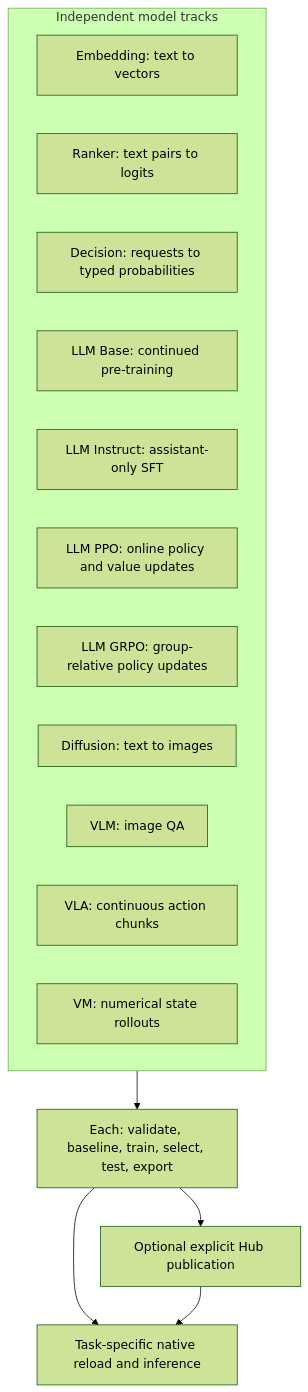
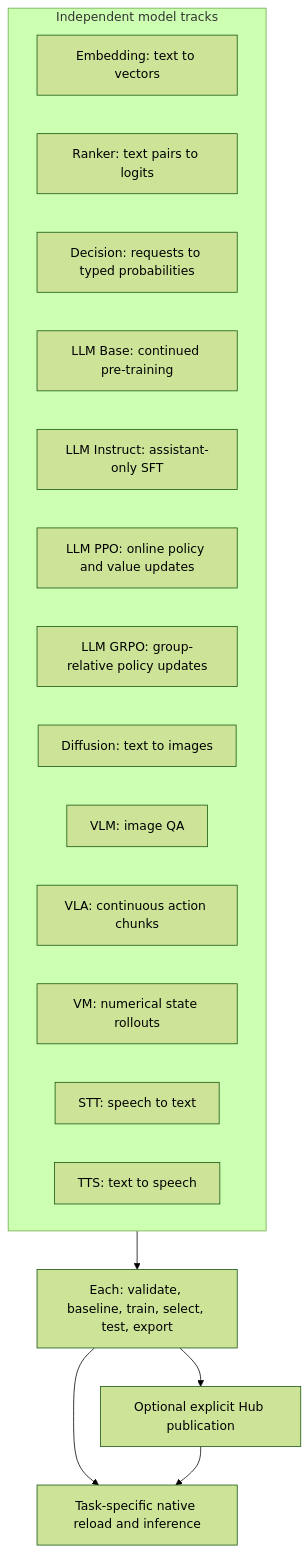
Before and after one commit to advai-x/advai-notebooks: the first of 2 diagrams in docs/architecture.md, drawn with Mermaid (forest theme). The commit also changed other lines of this file and 86 other files, not shown here.

Commit message:
feat: add STT and TTS fine-tuning guides

````diff
--- a/docs/architecture.md
+++ b/docs/architecture.md
@@ -27,20 +27,22 @@
 ```mermaid
 flowchart TB
     subgraph TASKS[Independent model tracks]
         EMB[Embedding: text to vectors]
         RNK[Ranker: text pairs to logits]
         DEC[Decision: requests to typed probabilities]
         BASE[LLM Base: continued pre-training]
         INST[LLM Instruct: assistant-only SFT]
         PPO[LLM PPO: online policy and value updates]
         GRPO[LLM GRPO: group-relative policy updates]
         DIF[Diffusion: text to images]
         VLM[VLM: image QA]
         VLA[VLA: continuous action chunks]
         VM[VM: numerical state rollouts]
+        STT[STT: speech to text]
+        TTS[TTS: text to speech]
     end
     TASKS --> LIFE[Each: validate, baseline, train, select, test, export]
     LIFE --> INFER[Task-specific native reload and inference]
     LIFE --> HUB[Optional explicit Hub publication]
     HUB --> INFER
 ```
````
